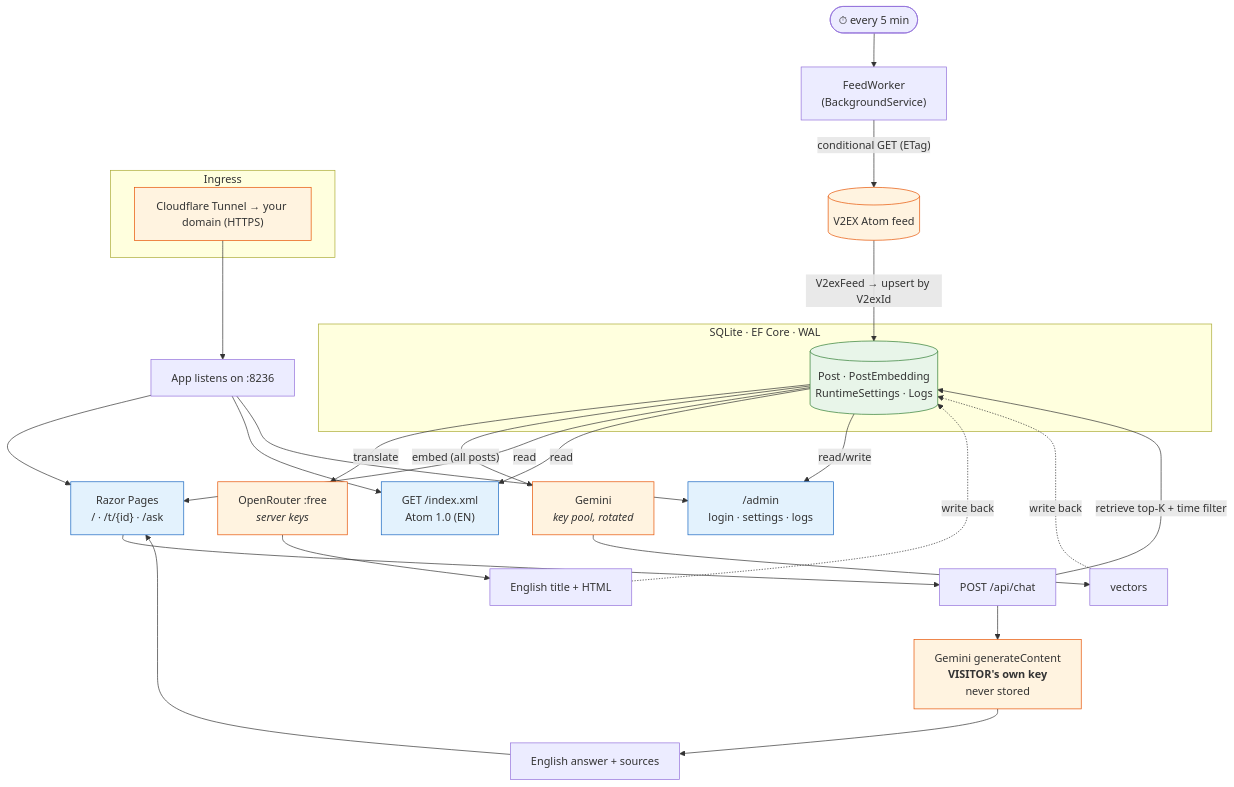
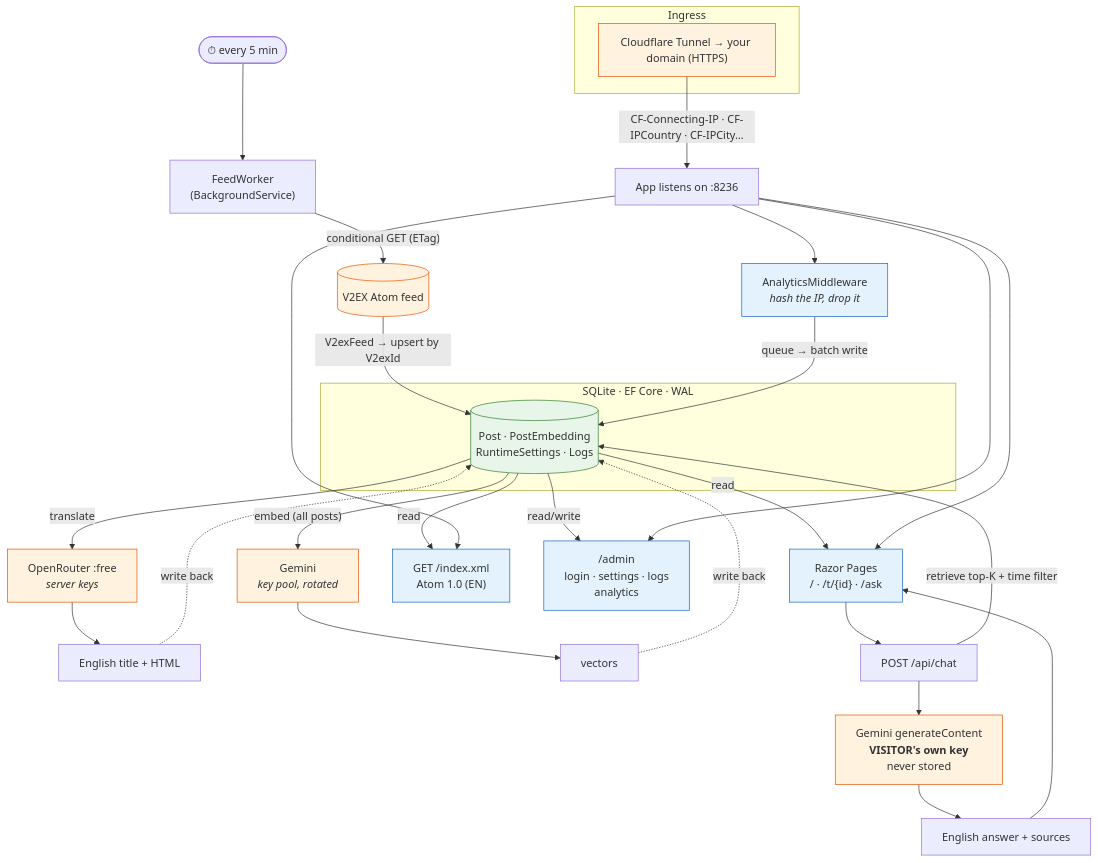
The diagram in README.md (lisenhuang/v2en), drawn with Mermaid before and after one commit. The commit also changed other lines of this file and 29 other files, not shown here.

````diff
--- a/README.md
+++ b/README.md
@@ -11,44 +11,46 @@
 ```mermaid
 flowchart TD
     Timer(["⏱ every 5 min"]) --> FW["FeedWorker<br/>(BackgroundService)"]
     FW -->|"conditional GET (ETag)"| V2EX[("V2EX Atom feed")]
     V2EX -->|"V2exFeed → upsert by V2exId"| DB
 
     subgraph Storage["SQLite · EF Core · WAL"]
         DB[("Post · PostEmbedding<br/>RuntimeSettings · Logs")]
     end
 
     DB -->|translate| OR["OpenRouter :free<br/><i>server keys</i>"]
     OR --> T["English title + HTML"]
     T -.->|write back| DB
 
     DB -->|"embed (all posts)"| GEM["Gemini<br/><i>key pool, rotated</i>"]
     GEM --> VEC["vectors"]
     VEC -.->|write back| DB
 
     DB -->|read| RP["Razor Pages<br/>/ · /t/{id} · /ask"]
     DB -->|read| FEED["GET /index.xml<br/>Atom 1.0 (EN)"]
 
     RP --> CHAT["POST /api/chat"]
     CHAT -->|"retrieve top-K + time filter"| DB
     CHAT --> GC["Gemini generateContent<br/><b>VISITOR's own key</b><br/>never stored"]
     GC --> ANS["English answer + sources"]
     ANS --> RP
 
-    DB -->|read/write| ADMIN["/admin<br/>login · settings · logs"]
+    DB -->|read/write| ADMIN["/admin<br/>login · settings · logs<br/>analytics"]
 
     subgraph Edge["Ingress"]
         CF["Cloudflare Tunnel → your domain (HTTPS)"]
     end
-    CF --> APP["App listens on :8236"]
+    CF -->|"CF-Connecting-IP · CF-IPCountry · CF-IPCity…"| APP["App listens on :8236"]
+    APP --> AN["AnalyticsMiddleware<br/><i>hash the IP, drop it</i>"]
+    AN -->|"queue → batch write"| DB
     APP --> RP
     APP --> FEED
     APP --> ADMIN
 
     classDef ext fill:#fff3e0,stroke:#e65100
     classDef store fill:#e8f5e9,stroke:#2e7d32
     classDef vis fill:#e3f2fd,stroke:#1565c0
     class V2EX,OR,GEM,GC,CF ext
     class DB store
-    class RP,FEED,ADMIN vis
+    class RP,FEED,ADMIN,AN vis
 ```
````
